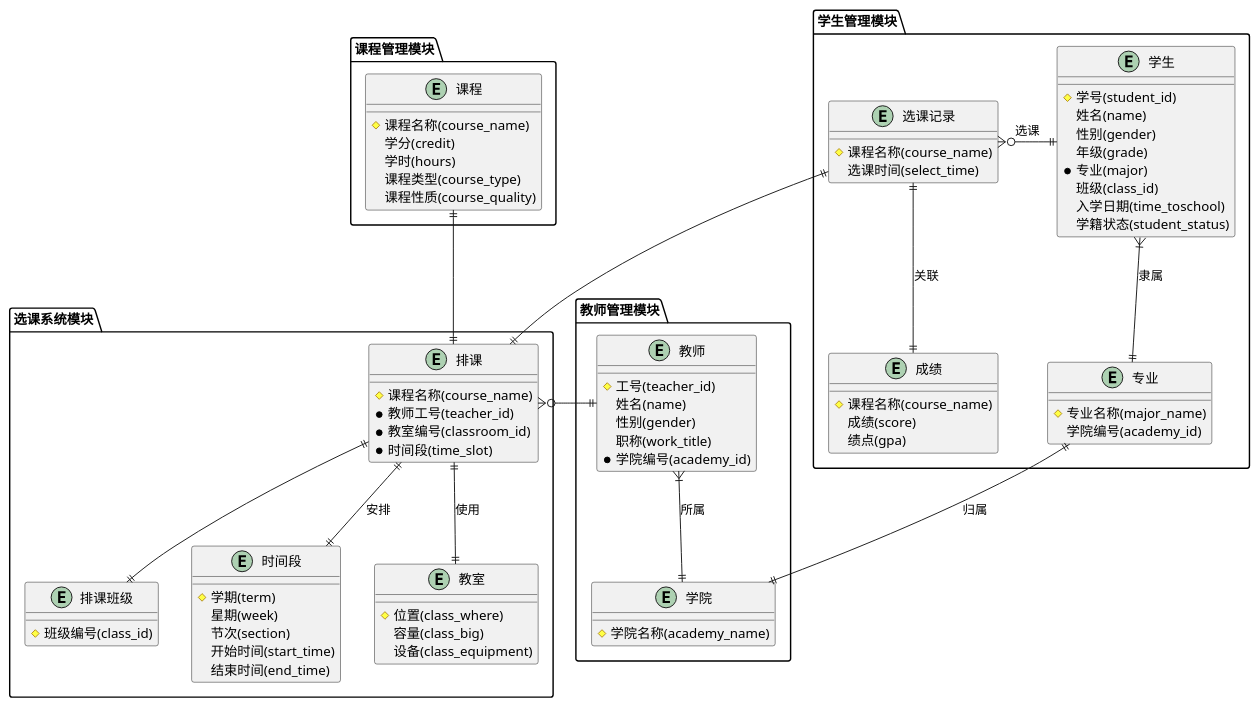
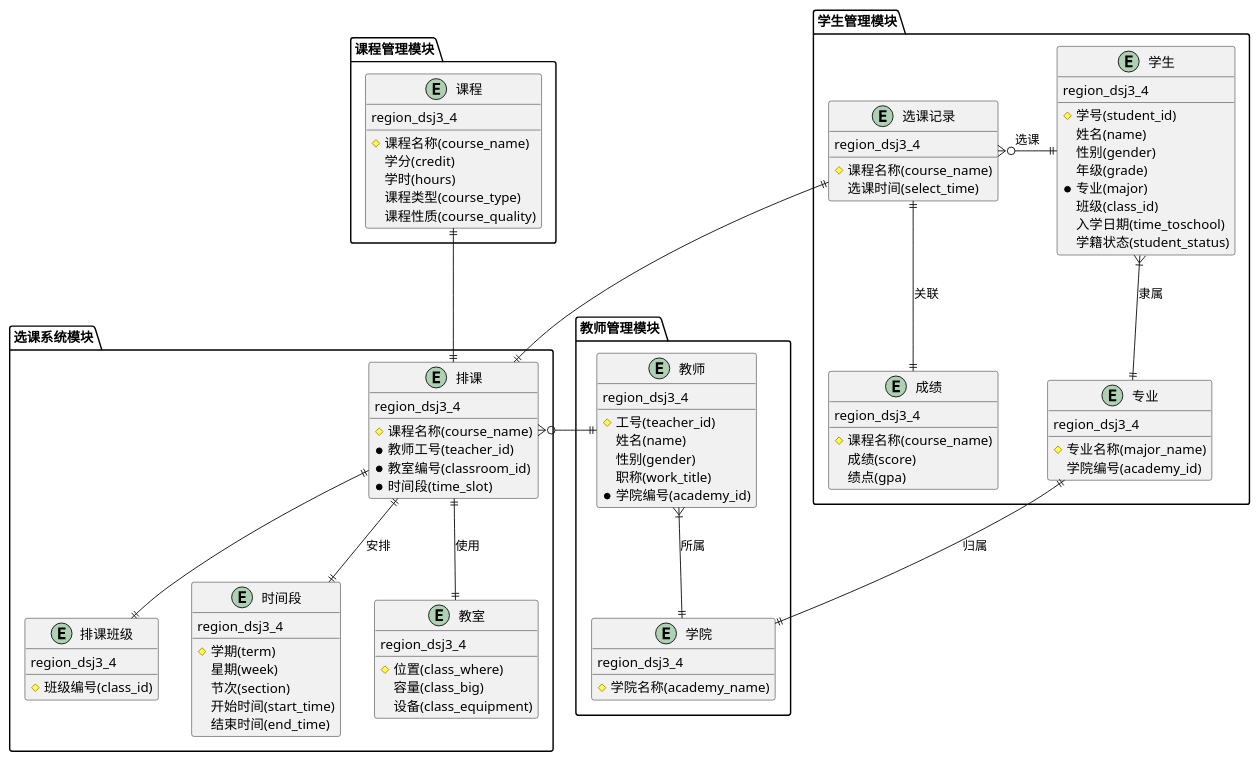
Before and after one commit to SweCui/Database_Development: the diagram in darabase.puml, drawn with PlantUML. The commit also changed 8 other files, not shown here.

```diff
--- a/darabase.puml
+++ b/darabase.puml
@@ -1,106 +1,117 @@
 @startuml
 ' skinparam {
 '     defaultFontName "宋体"
 '     entityBorderColor #333333
 '     entityBackgroundColor #F8F9FA
 '     classAttributeIconSize 0
 '     linetype ortho
 ' }
 
 package "学生管理模块" {
     entity 学生 {
         # 学号(student_id)
         姓名(name)
         性别(gender)
         年级(grade)
         * 专业(major)
         班级(class_id)
         入学日期(time_toschool)
         学籍状态(student_status)
+        region_dsj3_4
     }
 
     entity 专业 {
         # 专业名称(major_name)
         学院编号(academy_id)
+        region_dsj3_4
     }
 
     entity 成绩 {
         # 课程名称(course_name)
         成绩(score)
         绩点(gpa)
+        region_dsj3_4
     }
 
     entity 选课记录 {
         # 课程名称(course_name)
         选课时间(select_time)
+        region_dsj3_4
     }
 }
 
 package "教师管理模块" {
     entity 教师 {
         # 工号(teacher_id)
         姓名(name)
         性别(gender)
         职称(work_title)
         * 学院编号(academy_id)
+        region_dsj3_4
     }
 
     entity 学院 {
         # 学院名称(academy_name)
+        region_dsj3_4
     }
 }
 
 package "课程管理模块" {
     entity 课程 {
         # 课程名称(course_name)
         学分(credit)
         学时(hours)
         课程类型(course_type)
         课程性质(course_quality)
+        region_dsj3_4
     }
 }
 
 package "选课系统模块" {
     entity 排课 {
         # 课程名称(course_name)
         * 教师工号(teacher_id)
         * 教室编号(classroom_id)
         * 时间段(time_slot)
+        region_dsj3_4
     }
 
     entity 时间段 {
         # 学期(term)
         星期(week)
         节次(section)
         开始时间(start_time)
         结束时间(end_time)
+        region_dsj3_4
     }
 
     entity 教室 {
         # 位置(class_where)
         容量(class_big)
         设备(class_equipment)
+        region_dsj3_4
     }
 
     entity 排课班级 {
         # 班级编号(class_id)
+        region_dsj3_4
     }
 }
 
 学生 ||-o{ 选课记录 : "选课"
 学生 }|--|| 专业 : "隶属"
 专业 ||--|| 学院 : "归属"
 
 教师 ||-o{ 排课
 教师 }|--|| 学院 : "所属"
 
 课程 ||--|| 排课 
 
 排课 ||--|| 排课班级
 排课 ||--|| 教室 : "使用"
 排课 ||--|| 时间段 : "安排"
 
 选课记录 ||--|| 排课
 选课记录 ||--|| 成绩 : "关联"
 
 @enduml
```
